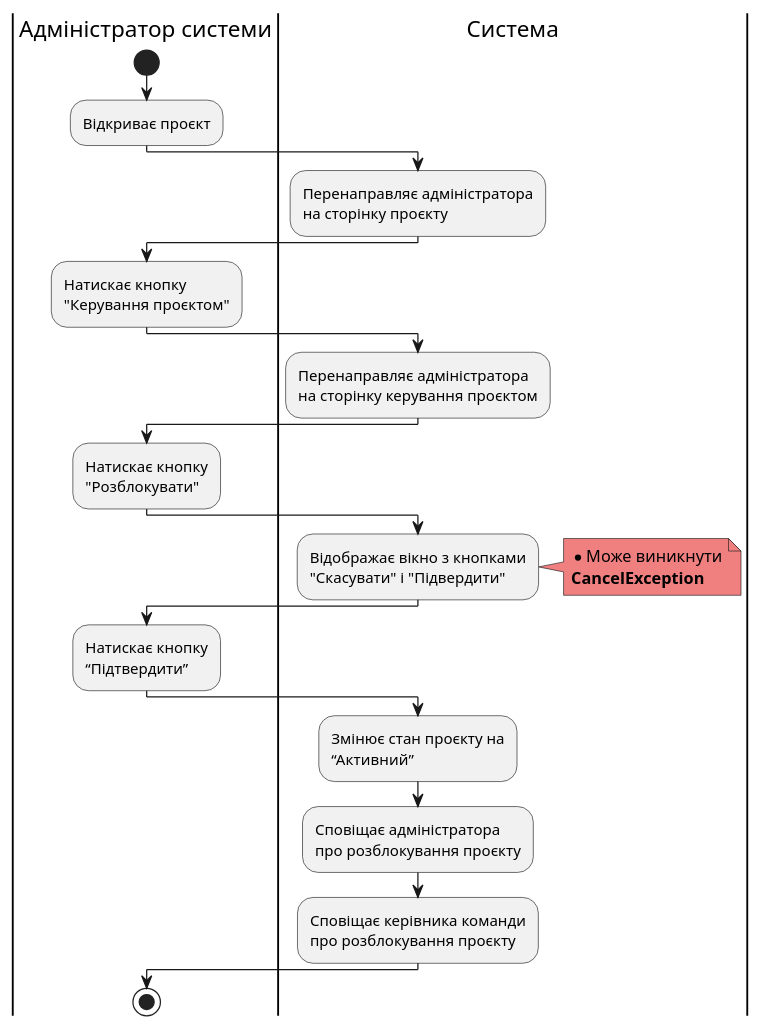
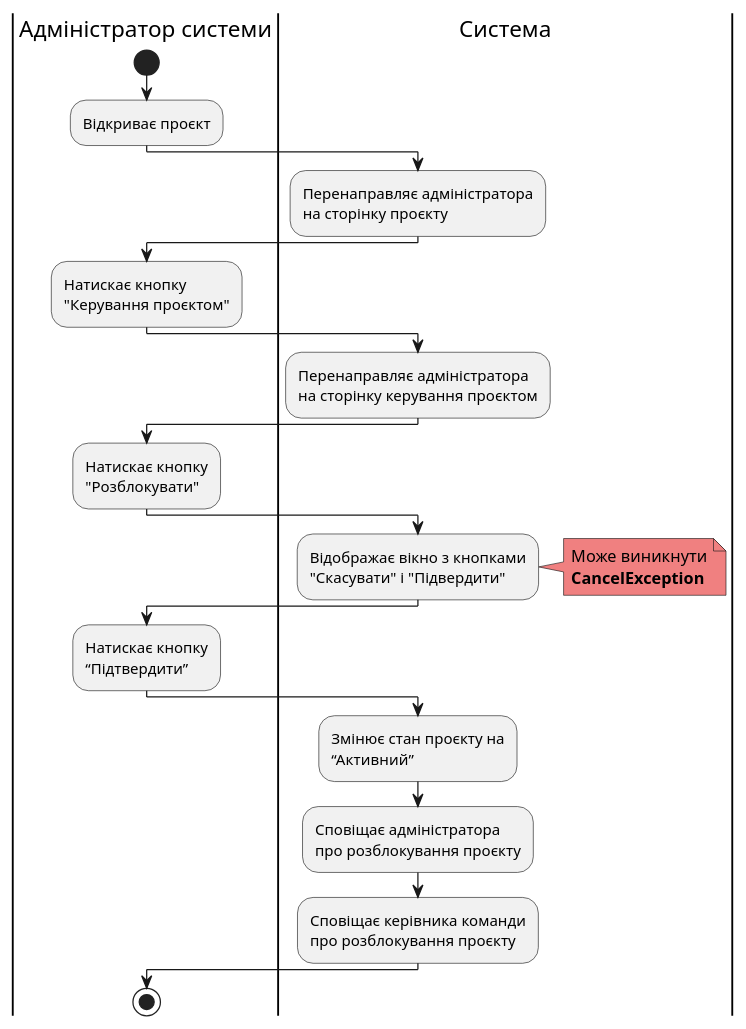
One commit to samoilenkomariia/db-coursework changed diagram 20 of 23 in docs/use cases/README.md. Above: the diagram before and after it, drawn with PlantUML. The commit also changed other lines of this file, not shown here.

```diff
--- a/docs/use cases/README.md
+++ b/docs/use cases/README.md
@@ -881,29 +881,29 @@
 @startuml
 
       |Адміністратор системи|
       start
       :Відкриває проєкт;
       |Система|
       :Перенаправляє адміністратора\nна сторінку проєкту;
       |Адміністратор системи|
       :Натискає кнопку\n"Керування проєктом";
       |Система|
       :Перенаправляє адміністратора\nна сторінку керування проєктом;
       |Адміністратор системи|
       :Натискає кнопку\n"Розблокувати";
       |Система|
       :Відображає вікно з кнопками\n"Скасувати" і "Підвердити";
       note right #lightcoral
-        * Може виникнути
+        Може виникнути
         <b>CancelException</b>
       end note
       |Адміністратор системи|
       :Натискає кнопку\n“Підтвердити”;
       |Система|
       :Змінює стан проєкту на\n“Активний”;
       :Сповіщає адміністратора\nпро розблокування проєкту;
       :Сповіщає керівника команди\nпро розблокування проєкту;
       |Адміністратор системи|
       stop
 
 @enduml
```
